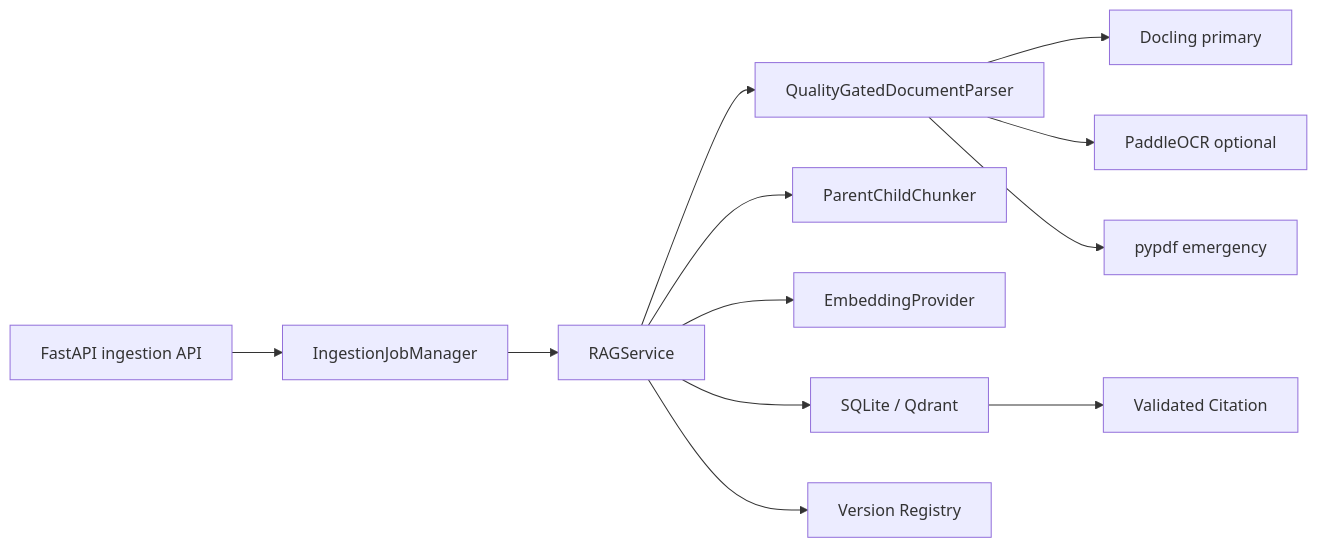
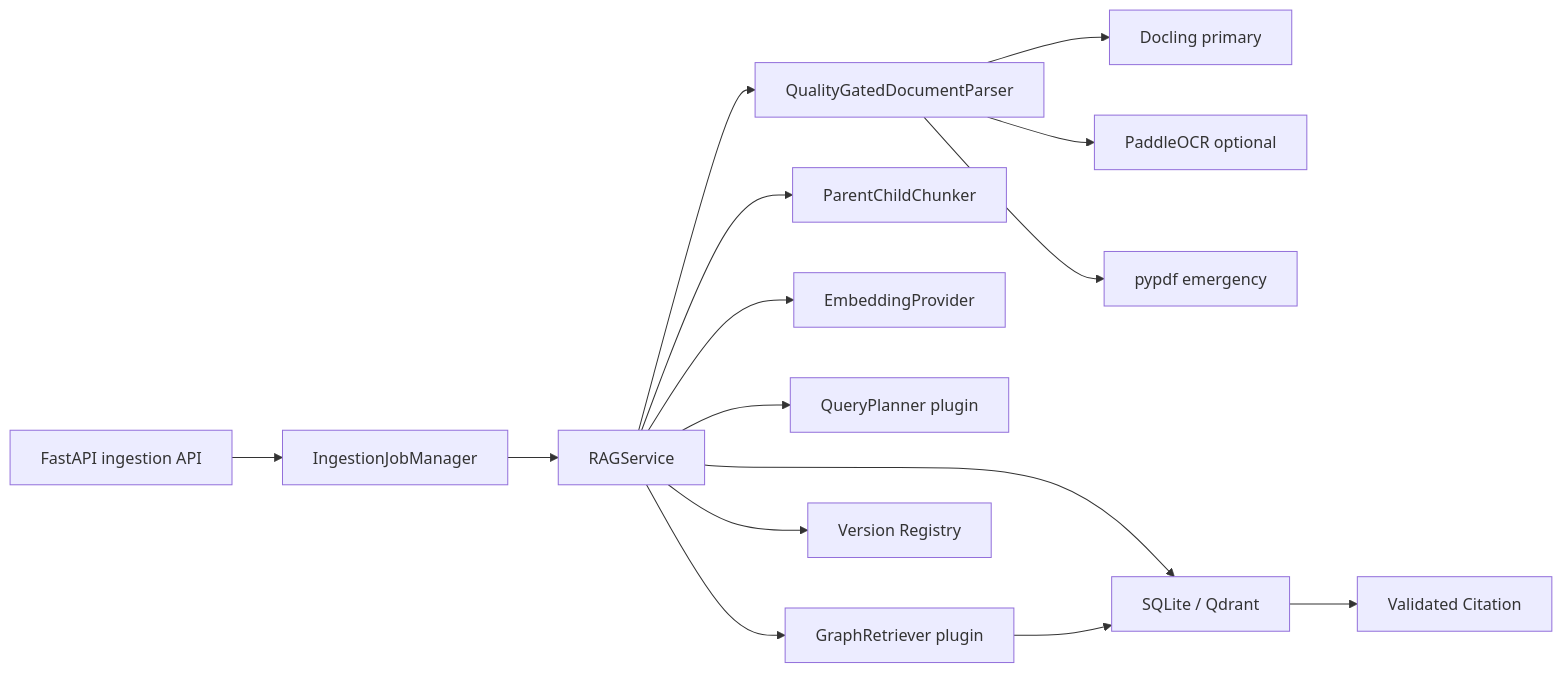
One commit to Cchena1/agentforge changed the third of 7 diagrams in docs/architecture.md. Above: the diagram before and after it, drawn with Mermaid. The commit also changed other lines of this file and 22 other files, not shown here.

Commit message:
feat: integrate plugin-based GraphRAG pipeline

````diff
--- a/docs/architecture.md
+++ b/docs/architecture.md
@@ -307,14 +308,17 @@
 ```mermaid
 flowchart LR
     API["FastAPI ingestion API"] --> Jobs["IngestionJobManager"]
     Jobs --> RAG["RAGService"]
     RAG --> Parser["QualityGatedDocumentParser"]
     Parser --> Docling["Docling primary"]
     Parser --> OCR["PaddleOCR optional"]
     Parser --> PyPDF["pypdf emergency"]
     RAG --> Chunker["ParentChildChunker"]
     RAG --> Embed["EmbeddingProvider"]
     RAG --> Store["SQLite / Qdrant"]
+    RAG --> Planner["QueryPlanner plugin"]
+    RAG --> Graph["GraphRetriever plugin"]
+    Graph --> Store
     RAG --> Registry["Version Registry"]
     Store --> Citation["Validated Citation"]
 ```
````
